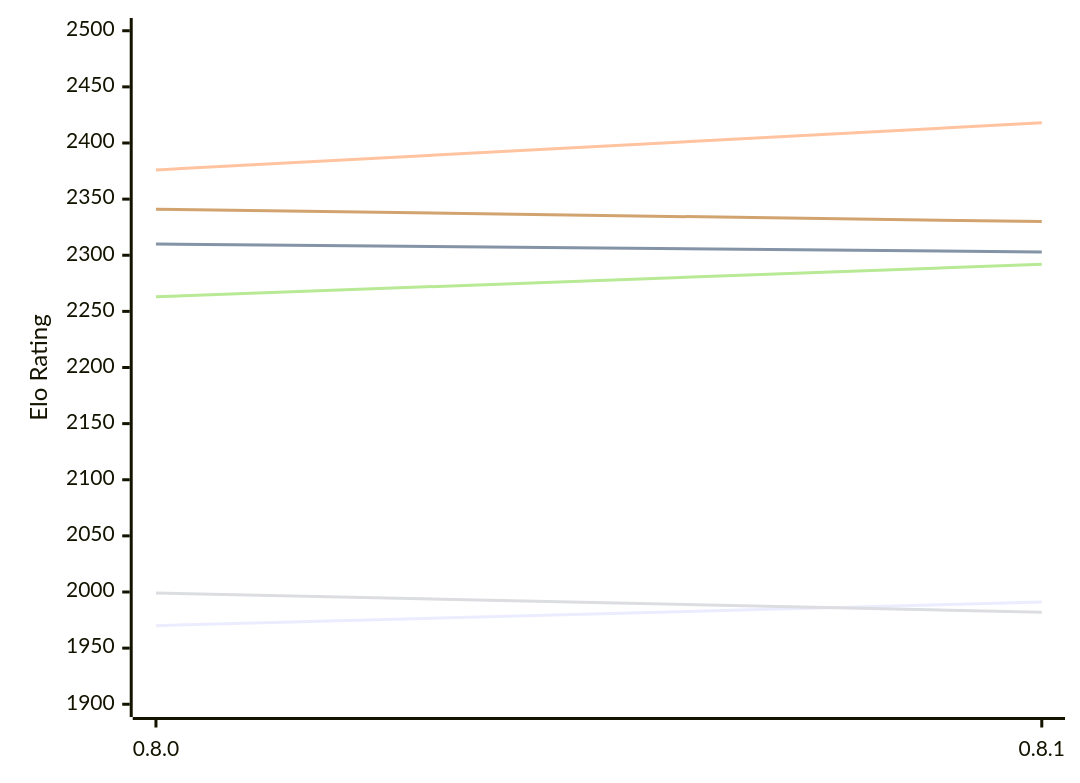
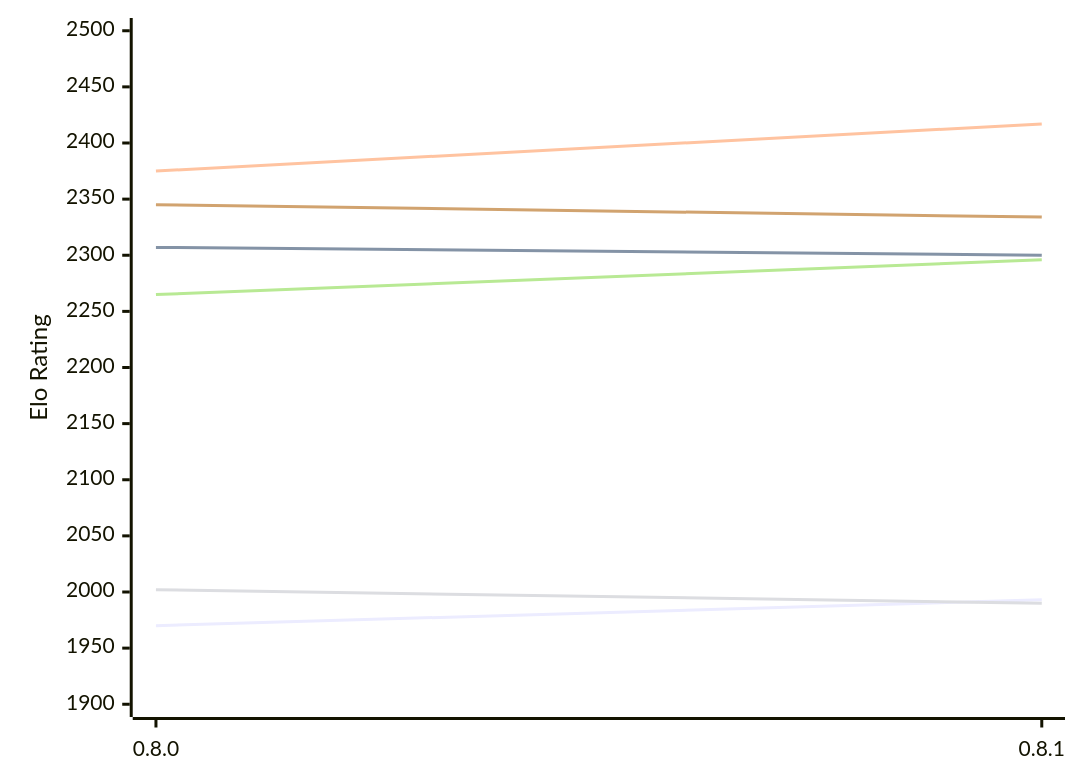
The diagram in engines/LittleWing.md (computer-chess-index/cci), drawn with Mermaid before and after one commit. The commit also changed other lines of this file, not shown here.

Commit message:
Update CCI Ratings (ELO VLTC) - 2026-11-23

````diff
--- a/engines/LittleWing.md
+++ b/engines/LittleWing.md
@@ -49,12 +49,12 @@
 ```mermaid
 %%{init: {"theme":"base","themeVariables":{"seriesColors:['#a3a3a3','#222221','#faa371']}}}%%
 xychart-beta
   x-axis ["0.8.0", "0.8.1"]
   y-axis "Elo Rating" 1900 --> 2500
-  line "E1: STC (8.0+0.08s)" [1970, 1991]
-  line "E1: LTC (60.0+0.60s)" [2310, 2303]
-  line "E1: VLTC (2m24s+1.12s)" [2376, 2418]
-  line "P1: STC (8.0+0.08s)" [1999, 1982]
-  line "P1: LTC (60.0+0.60s)" [2263, 2292]
-  line "P1: VLTC (2m24s+1.12s)" [2341, 2330]
+  line "E1: STC (8.0+0.08s)" [1970, 1993]
+  line "E1: LTC (60.0+0.60s)" [2307, 2300]
+  line "E1: VLTC (2m24s+1.12s)" [2375, 2417]
+  line "P1: STC (8.0+0.08s)" [2002, 1990]
+  line "P1: LTC (60.0+0.60s)" [2265, 2296]
+  line "P1: VLTC (2m24s+1.12s)" [2345, 2334]
 ```
````
